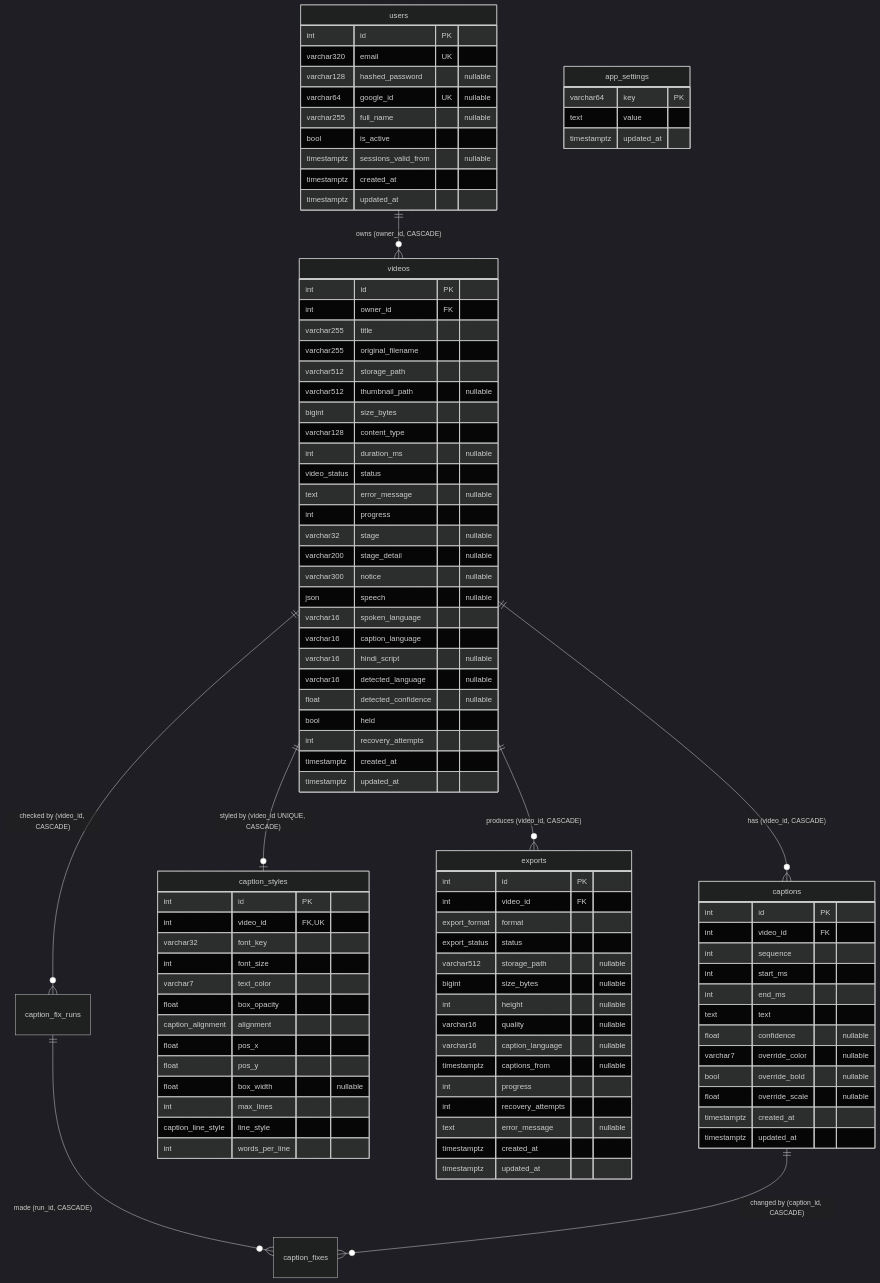
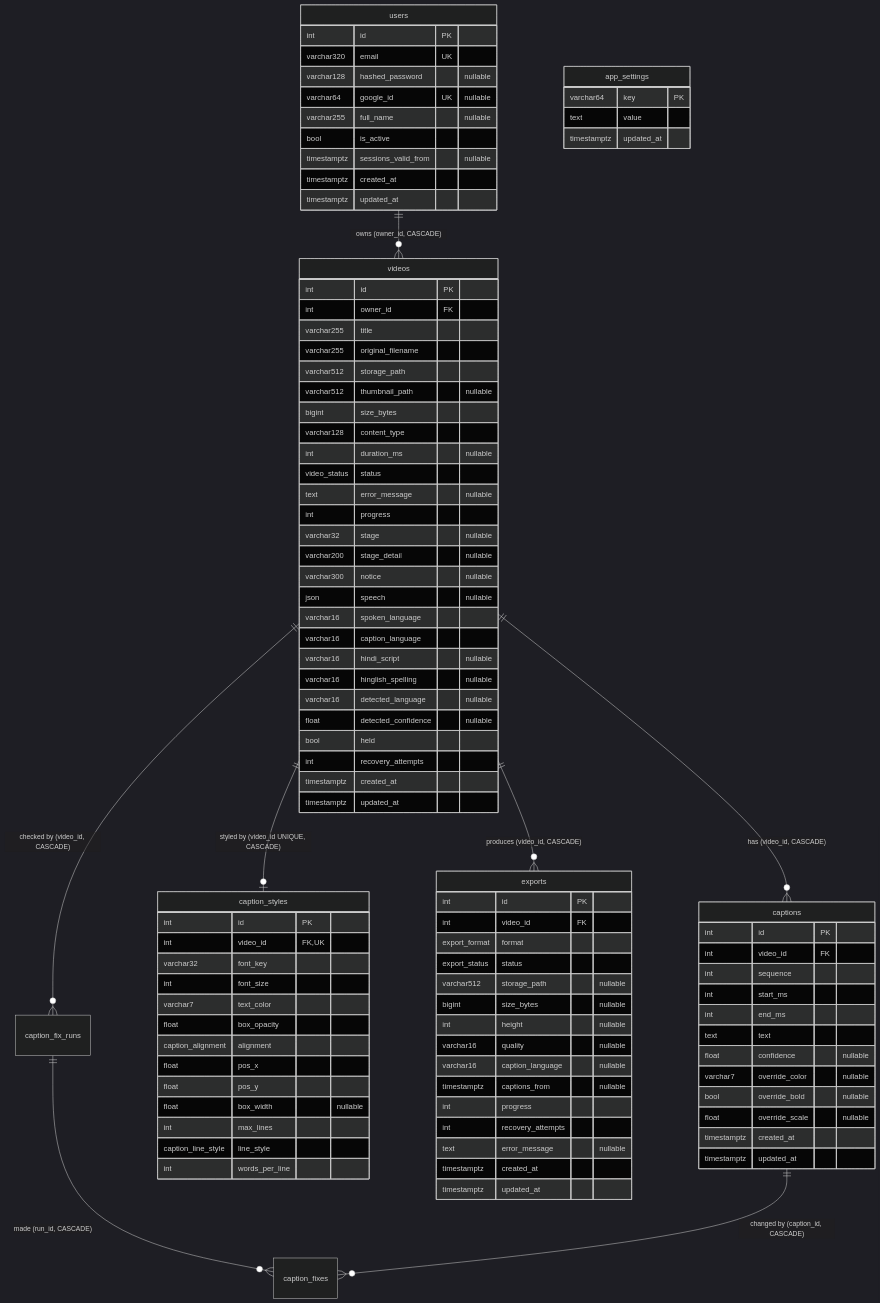
Before and after one commit to Tanush1206/Video-Caption-Maker: the diagram in docs/DATABASE.md, drawn with Mermaid (dark theme). The commit also changed other lines of this file and 2 other files, not shown here.

Commit message:
docs: everyday spelling and the vocabulary in the PRD, API and database

```diff
--- a/docs/DATABASE.md
+++ b/docs/DATABASE.md
@@ -104,6 +104,7 @@
         varchar16 spoken_language
         varchar16 caption_language
         varchar16 hindi_script "nullable"
+        varchar16 hinglish_spelling "nullable"
         varchar16 detected_language "nullable"
         float detected_confidence "nullable"
         bool held
```
